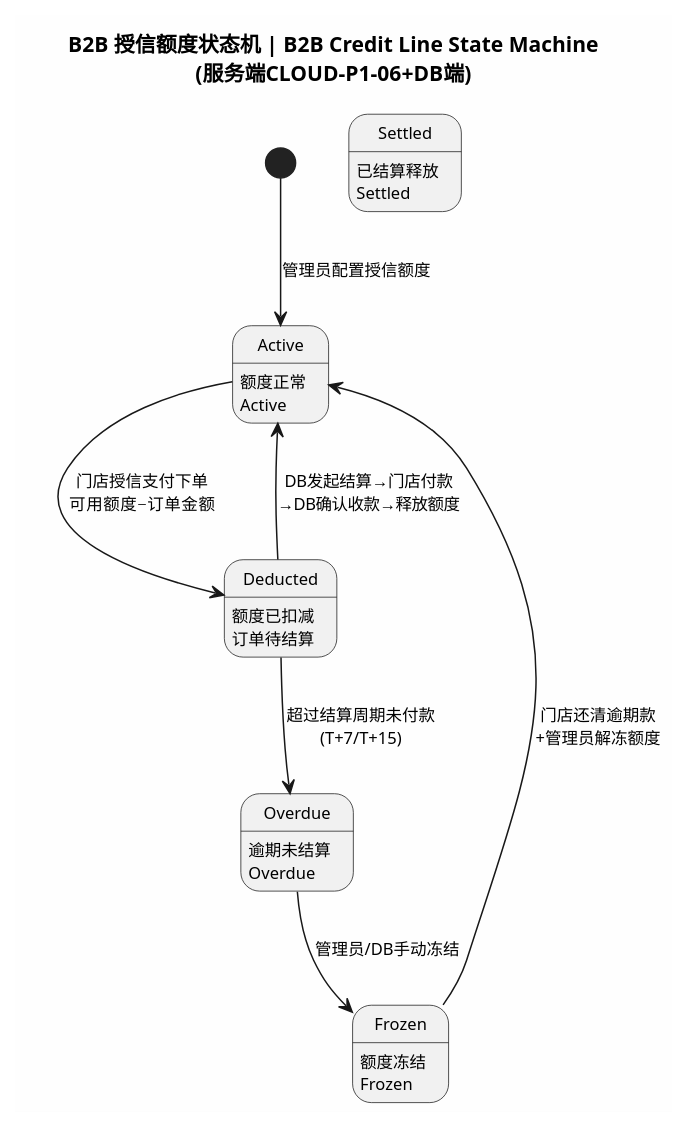
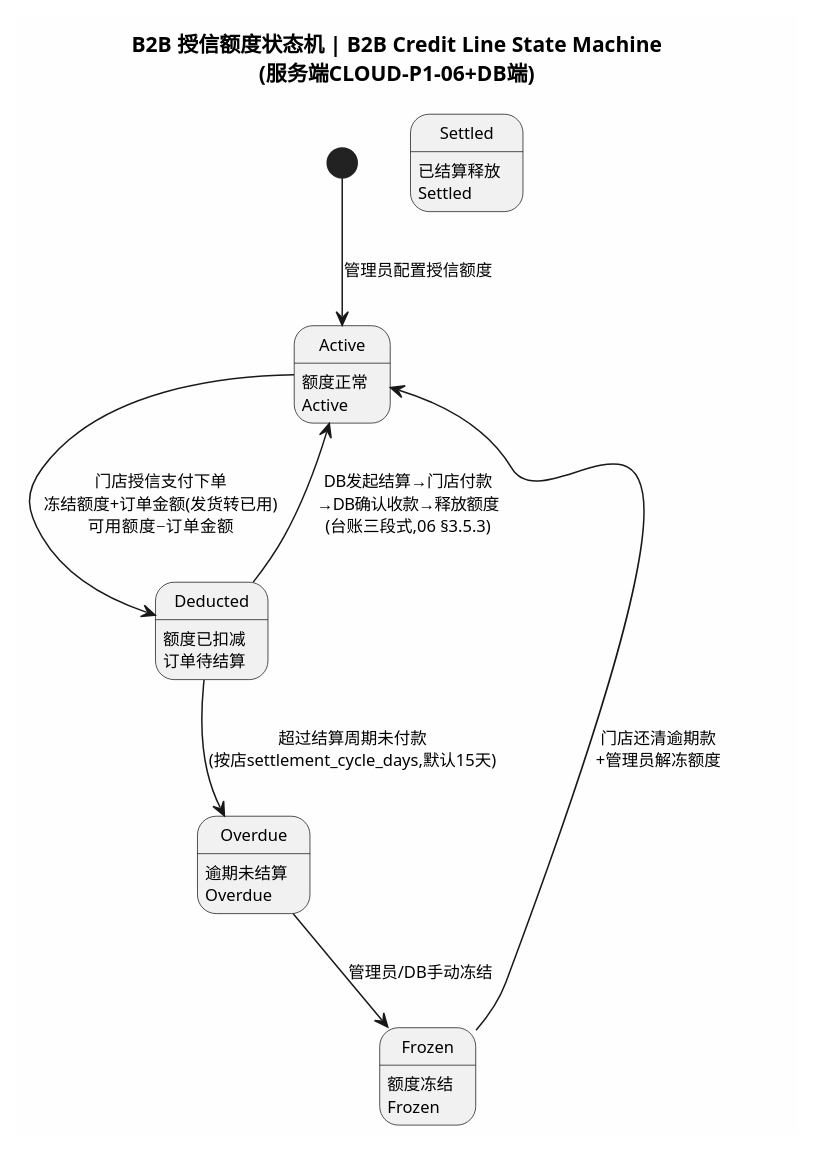
Before and after one commit to zihaoRed/Dobara: the eighth of 9 diagrams in UML/state_machine_all.puml, drawn with PlantUML. The commit also changed 7 other files, not shown here.

```diff
--- a/UML/state_machine_all.puml
+++ b/UML/state_machine_all.puml
@@ -277,24 +277,24 @@
 @startuml 授信额度状态机
 skinparam backgroundColor #FEFEFE
 skinparam defaultFontSize 11
 
 title B2B 授信额度状态机 | B2B Credit Line State Machine\n(服务端CLOUD-P1-06+DB端)
 
 [*] --> Active : 管理员配置授信额度
 
 state Active : 额度正常\nActive
 state Deducted : 额度已扣减\n订单待结算
 state Overdue : 逾期未结算\nOverdue
 state Frozen : 额度冻结\nFrozen
 state Settled : 已结算释放\nSettled
 
-Active --> Deducted : 门店授信支付下单\n可用额度−订单金额
+Active --> Deducted : 门店授信支付下单\n冻结额度+订单金额(发货转已用)\n可用额度−订单金额
 
-Deducted --> Active : DB发起结算→门店付款\n→DB确认收款→释放额度
-Deducted --> Overdue : 超过结算周期未付款\n(T+7/T+15)
+Deducted --> Active : DB发起结算→门店付款\n→DB确认收款→释放额度\n(台账三段式,06 §3.5.3)
+Deducted --> Overdue : 超过结算周期未付款\n(按店settlement_cycle_days,默认15天)
 
 Overdue --> Frozen : 管理员/DB手动冻结
 
 Frozen --> Active : 门店还清逾期款\n+管理员解冻额度
 
 @enduml
```
